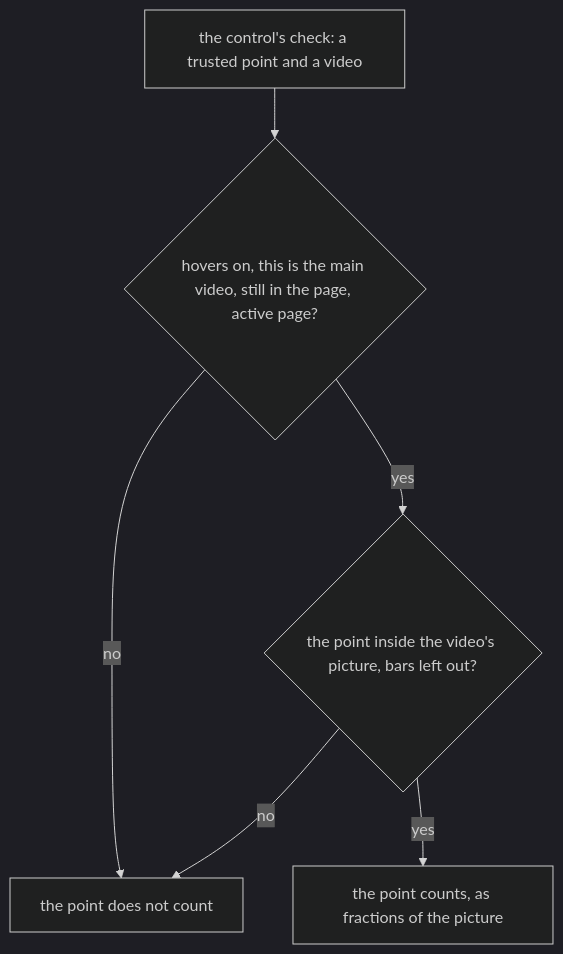
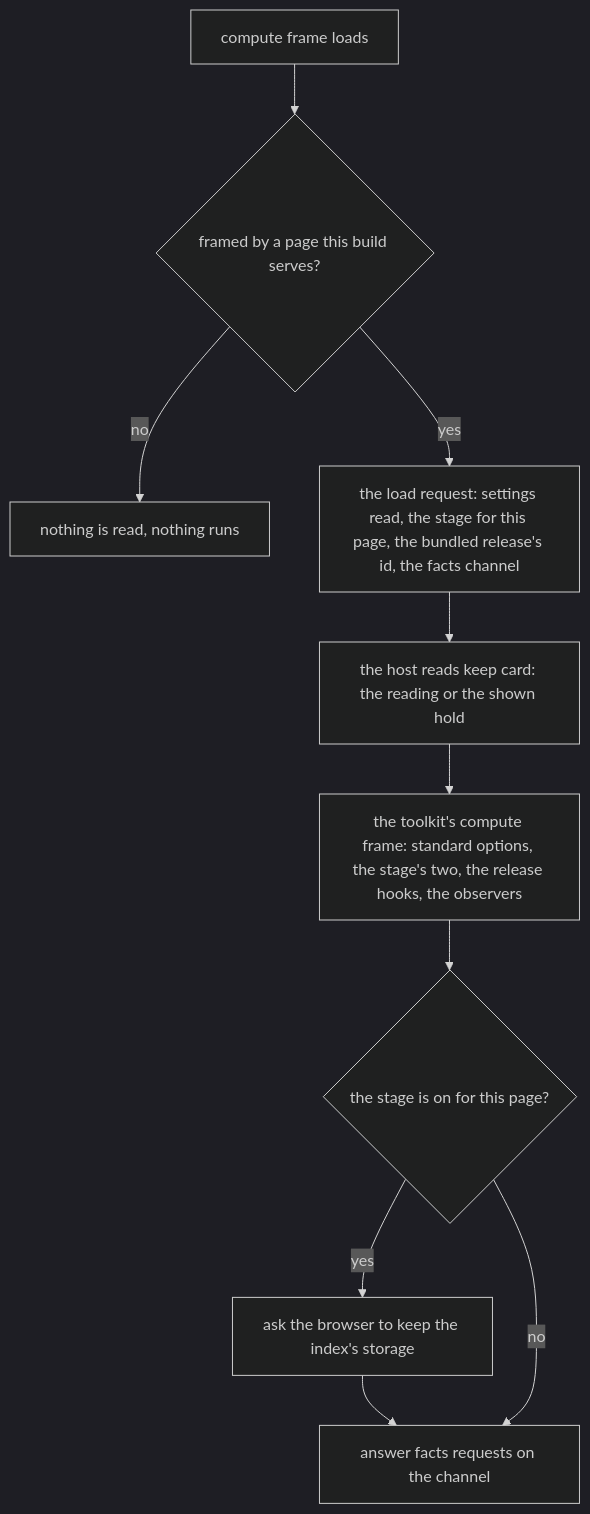
The fourth of 12 diagrams in docs/hover-map.md (ryangswe/kenbunshoku), drawn with Mermaid (dark theme) before and after one commit. The commit also changed other lines of this file and 96 other files, not shown here.

First line of the commit message:
Run on the toolkit's shared hover host, from toolkit 0.15.0rc1 (#65)

````diff
--- a/docs/hover-map.md
+++ b/docs/hover-map.md
@@ -243,14 +198,18 @@
 ```mermaid
 flowchart TD
-  ASK["the control's check: a trusted point and a video"]
-  ELIG{"hovers on, this is the main video, still in the page, active page?"}
-  INSIDE{"the point inside the video's picture, bars left out?"}
-  YES["the point counts, as fractions of the picture"]
-  NO["the point does not count"]
+  START["compute frame loads"]
+  ORIGIN{"framed by a page this build serves?"}
+  NONE["nothing is read, nothing runs"]
+  REQ["the load request: settings read, the stage for this page, the bundled release's id, the facts channel"]
+  HOLD["the host reads keep card: the reading or the shown hold"]
+  RUN["the toolkit's compute frame: standard options, the stage's two, the release hooks, the observers"]
+  PERSIST{"the stage is on for this page?"}
+  ASK["ask the browser to keep the index's storage"]
+  FACTS["answer facts requests on the channel"]
 
-  ASK --> ELIG
-  ELIG -->|no| NO
-  ELIG -->|yes| INSIDE
-  INSIDE -->|yes| YES
-  INSIDE -->|no| NO
+  START --> ORIGIN
+  ORIGIN -->|no| NONE
+  ORIGIN -->|yes| REQ --> HOLD --> RUN --> PERSIST
+  PERSIST -->|yes| ASK --> FACTS
+  PERSIST -->|no| FACTS
 ```
````
